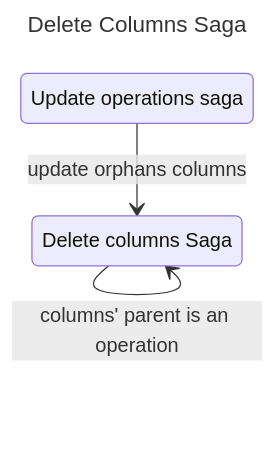
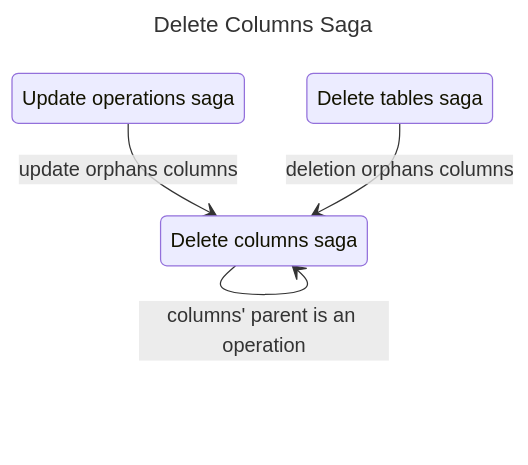
The diagram in src/sagas/deleteColumnsSaga/README.md (steve-kasica/roundup), drawn with Mermaid before and after one commit. The commit also changed other lines of this file and 8 other files, not shown here.

````diff
--- a/src/sagas/deleteColumnsSaga/README.md
+++ b/src/sagas/deleteColumnsSaga/README.md
@@ -10,10 +10,12 @@
 ```mermaid
 ---
 title: Delete Columns Saga
 ---
   stateDiagram
-    deleteCols:Delete columns Saga
+    deleteCols:Delete columns saga
     updateOps:Update operations saga
+    deleteTables:Delete tables saga
     deleteCols --> deleteCols: columns' parent is an operation
     updateOps --> deleteCols: update orphans columns
+    deleteTables --> deleteCols: deletion orphans columns
 ```
````
